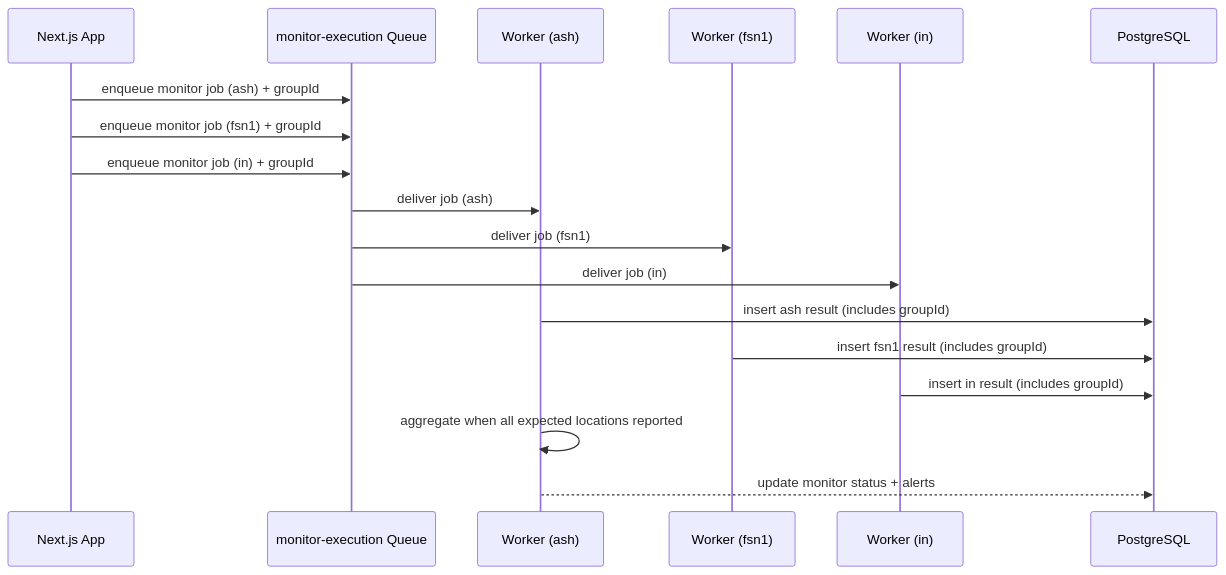
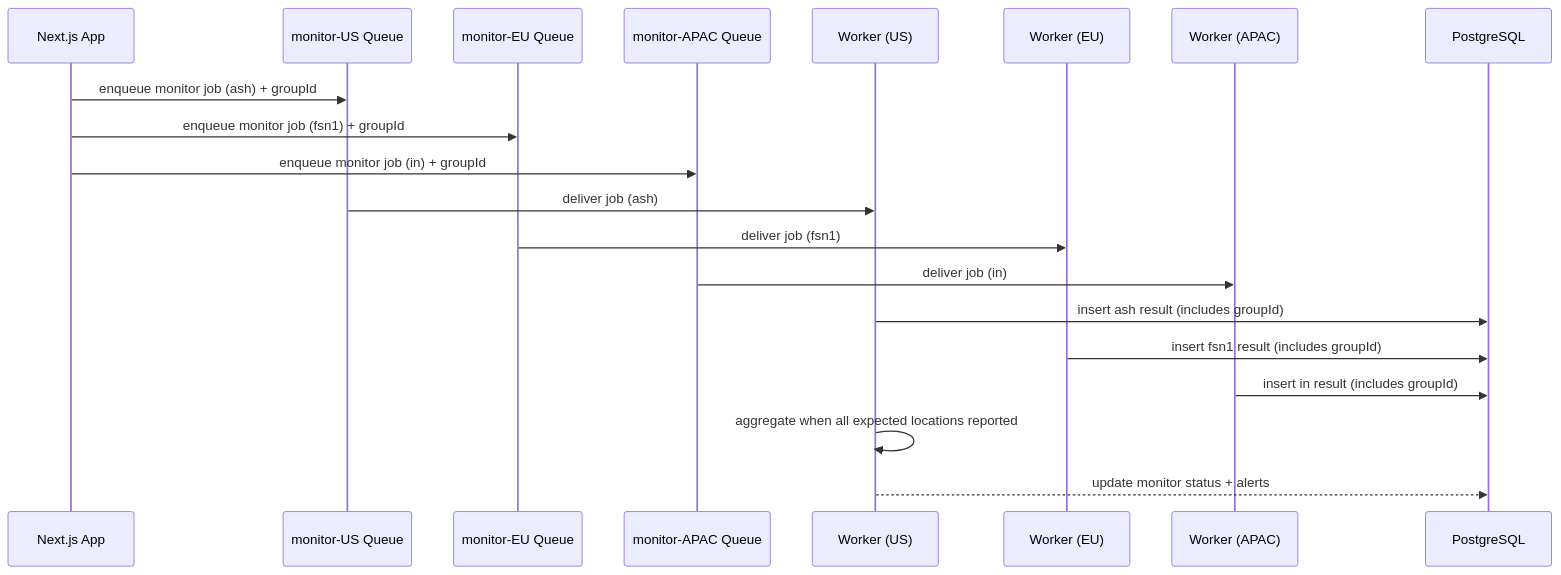
Before and after one commit to supercheck-io/supercheck: the second of 17 diagrams in specs/04-monitoring/MONITORING_SYSTEM.md, drawn with Mermaid. The commit also changed other lines of this file and 41 other files, not shown here.

````diff
--- a/specs/04-monitoring/MONITORING_SYSTEM.md
+++ b/specs/04-monitoring/MONITORING_SYSTEM.md
@@ -145,24 +161,26 @@
 ```mermaid
 sequenceDiagram
     participant App as Next.js App
-    participant MQ as monitor-execution Queue
-    participant W_US as Worker (ash)
-    participant W_DE as Worker (fsn1)
-    participant W_IN as Worker (in)
+    participant MQ_US as monitor-US Queue
+    participant MQ_EU as monitor-EU Queue
+    participant MQ_APAC as monitor-APAC Queue
+    participant W_US as Worker (US)
+    participant W_EU as Worker (EU)
+    participant W_APAC as Worker (APAC)
     participant DB as PostgreSQL
 
-    App->>MQ: enqueue monitor job (ash) + groupId
-    App->>MQ: enqueue monitor job (fsn1) + groupId
-    App->>MQ: enqueue monitor job (in) + groupId
+    App->>MQ_US: enqueue monitor job (ash) + groupId
+    App->>MQ_EU: enqueue monitor job (fsn1) + groupId
+    App->>MQ_APAC: enqueue monitor job (in) + groupId
 
-    MQ->>W_US: deliver job (ash)
-    MQ->>W_DE: deliver job (fsn1)
-    MQ->>W_IN: deliver job (in)
+    MQ_US->>W_US: deliver job (ash)
+    MQ_EU->>W_EU: deliver job (fsn1)
+    MQ_APAC->>W_APAC: deliver job (in)
 
     W_US->>DB: insert ash result (includes groupId)
-    W_DE->>DB: insert fsn1 result (includes groupId)
-    W_IN->>DB: insert in result (includes groupId)
+    W_EU->>DB: insert fsn1 result (includes groupId)
+    W_APAC->>DB: insert in result (includes groupId)
 
     W_US->>W_US: aggregate when all expected locations reported
     W_US-->>DB: update monitor status + alerts
 ```
````
